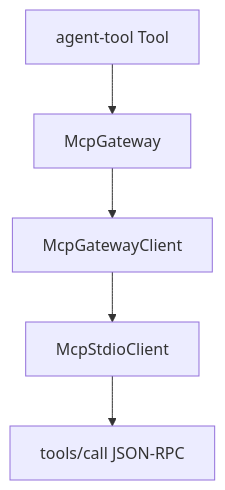
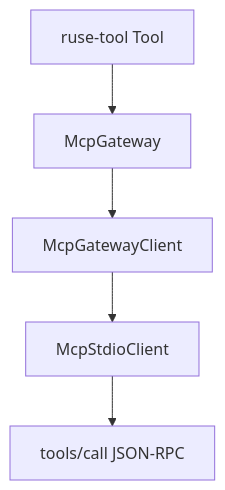
Before and after one commit to poneding/agent: the diagram in docs/specs/M44-00-mcp-client-stdio-tool-call-technical-design.spec.md, drawn with Mermaid. The commit also changed other lines of this file and 2091 other files, not shown here.

First line of the commit message:
refactor: rename agent branding to ruse

````diff
--- a/docs/specs/M44-00-mcp-client-stdio-tool-call-technical-design.spec.md
+++ b/docs/specs/M44-00-mcp-client-stdio-tool-call-technical-design.spec.md
@@ -29,7 +29,7 @@
 ```mermaid
 flowchart TD
-  Tool["agent-tool Tool"] --> Gateway["McpGateway"]
+  Tool["ruse-tool Tool"] --> Gateway["McpGateway"]
   Gateway --> Client["McpGatewayClient"]
   Client --> Stdio["McpStdioClient"]
   Stdio --> JsonRpc["tools/call JSON-RPC"]
 ```
````
